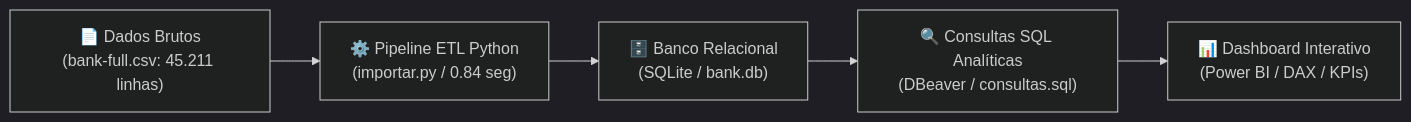
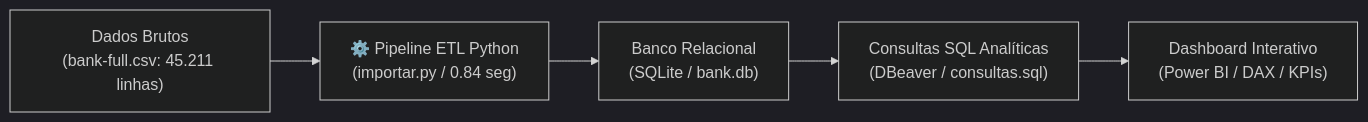
The diagram in README.md (ExpertOsorio/bank-marketing-analytics), drawn with Mermaid (dark theme) before and after one commit. The commit also changed other lines of this file and 1 other file, not shown here.

Commit message:
docs: atualizar README e imagem do dashboard

````diff
--- a/README.md
+++ b/README.md
@@ -36,7 +36,7 @@
 ```mermaid
 flowchart LR
-    A["📄 Dados Brutos<br/>(bank-full.csv: 45.211 linhas)"] --> B["⚙️ Pipeline ETL Python<br/>(importar.py / 0.84 seg)"]
-    B --> C["🗄️ Banco Relacional<br/>(SQLite / bank.db)"]
-    C --> D["🔍 Consultas SQL Analíticas<br/>(DBeaver / consultas.sql)"]
-    D --> E["📊 Dashboard Interativo<br/>(Power BI / DAX / KPIs)"]
+    A[" Dados Brutos<br/>(bank-full.csv: 45.211 linhas)"] --> B["⚙️ Pipeline ETL Python<br/>(importar.py / 0.84 seg)"]
+    B --> C[" Banco Relacional<br/>(SQLite / bank.db)"]
+    C --> D[" Consultas SQL Analíticas<br/>(DBeaver / consultas.sql)"]
+    D --> E[" Dashboard Interativo<br/>(Power BI / DAX / KPIs)"]
 ```
````
